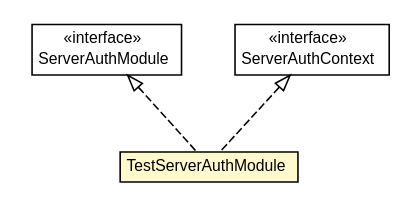
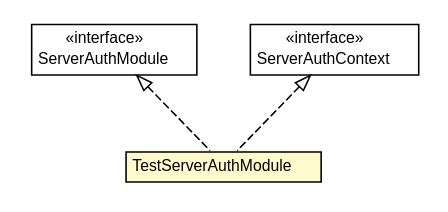
Before and after one commit to trajano/jaspic-tester: the diagram in test-server-auth-module/apidocs/net/trajano/auth/TestServerAuthModule.dot, drawn with Graphviz. The commit also changed 108 other files, not shown here.

```diff
--- a/test-server-auth-module/apidocs/net/trajano/auth/TestServerAuthModule.dot
+++ b/test-server-auth-module/apidocs/net/trajano/auth/TestServerAuthModule.dot
@@ -1,36 +1,36 @@
 #!/usr/local/bin/dot
 #
 # Class diagram 
 # Generated by UMLGraph version R5_6-24-gf6e263 (http://www.umlgraph.org/)
 #
 
 digraph G {
-	edge [fontname="arial",fontsize=10,labelfontname="arial",labelfontsize=10];
-	node [fontname="arial",fontsize=10,shape=plaintext];
+	edge [fontname="Helvetica",fontsize=10,labelfontname="Helvetica",labelfontsize=10];
+	node [fontname="Helvetica",fontsize=10,shape=plaintext];
 	nodesep=0.25;
 	ranksep=0.5;
 	// net.trajano.auth.TestServerAuthModule
-	c25 [label=<<table title="net.trajano.auth.TestServerAuthModule" border="0" cellborder="1" cellspacing="0" cellpadding="2" port="p" bgcolor="lemonChiffon" href="./TestServerAuthModule.html">
+	c24 [label=<<table title="net.trajano.auth.TestServerAuthModule" border="0" cellborder="1" cellspacing="0" cellpadding="2" port="p" bgcolor="lemonChiffon" href="./TestServerAuthModule.html">
 		<tr><td><table border="0" cellspacing="0" cellpadding="1">
 <tr><td align="center" balign="center"> TestServerAuthModule </td></tr>
 		</table></td></tr>
-		</table>>, URL="./TestServerAuthModule.html", fontname="arial", fontcolor="black", fontsize=10.0];
+		</table>>, URL="./TestServerAuthModule.html", fontname="Helvetica", fontcolor="black", fontsize=10.0];
 	//net.trajano.auth.TestServerAuthModule implements javax.security.auth.message.module.ServerAuthModule
-	c29:p -> c25:p [dir=back,arrowtail=empty,style=dashed];
+	c29:p -> c24:p [dir=back,arrowtail=empty,style=dashed];
 	//net.trajano.auth.TestServerAuthModule implements javax.security.auth.message.config.ServerAuthContext
-	c30:p -> c25:p [dir=back,arrowtail=empty,style=dashed];
+	c30:p -> c24:p [dir=back,arrowtail=empty,style=dashed];
 	// javax.security.auth.message.module.ServerAuthModule
 	c29 [label=<<table title="javax.security.auth.message.module.ServerAuthModule" border="0" cellborder="1" cellspacing="0" cellpadding="2" port="p" href="http://java.sun.com/j2se/1.4.2/docs/api/javax/security/auth/message/module/ServerAuthModule.html">
 		<tr><td><table border="0" cellspacing="0" cellpadding="1">
 <tr><td align="center" balign="center"> &#171;interface&#187; </td></tr>
 <tr><td align="center" balign="center"> ServerAuthModule </td></tr>
 		</table></td></tr>
-		</table>>, URL="http://java.sun.com/j2se/1.4.2/docs/api/javax/security/auth/message/module/ServerAuthModule.html", fontname="arial", fontcolor="black", fontsize=10.0];
+		</table>>, URL="http://java.sun.com/j2se/1.4.2/docs/api/javax/security/auth/message/module/ServerAuthModule.html", fontname="Helvetica", fontcolor="black", fontsize=10.0];
 	// javax.security.auth.message.config.ServerAuthContext
 	c30 [label=<<table title="javax.security.auth.message.config.ServerAuthContext" border="0" cellborder="1" cellspacing="0" cellpadding="2" port="p" href="http://java.sun.com/j2se/1.4.2/docs/api/javax/security/auth/message/config/ServerAuthContext.html">
 		<tr><td><table border="0" cellspacing="0" cellpadding="1">
 <tr><td align="center" balign="center"> &#171;interface&#187; </td></tr>
 <tr><td align="center" balign="center"> ServerAuthContext </td></tr>
 		</table></td></tr>
-		</table>>, URL="http://java.sun.com/j2se/1.4.2/docs/api/javax/security/auth/message/config/ServerAuthContext.html", fontname="arial", fontcolor="black", fontsize=10.0];
+		</table>>, URL="http://java.sun.com/j2se/1.4.2/docs/api/javax/security/auth/message/config/ServerAuthContext.html", fontname="Helvetica", fontcolor="black", fontsize=10.0];
 }
```
